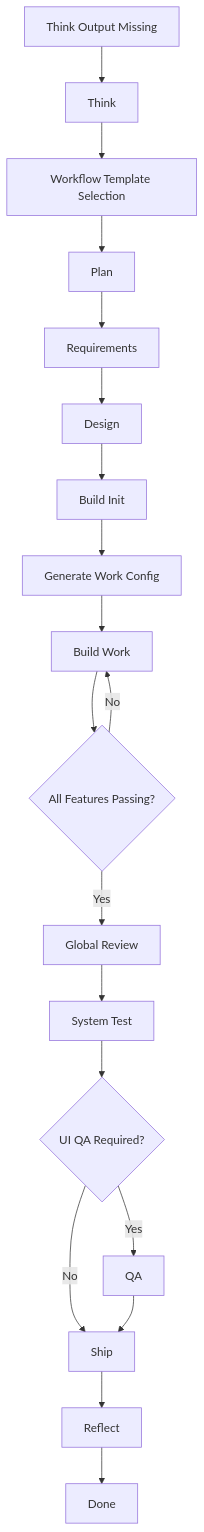
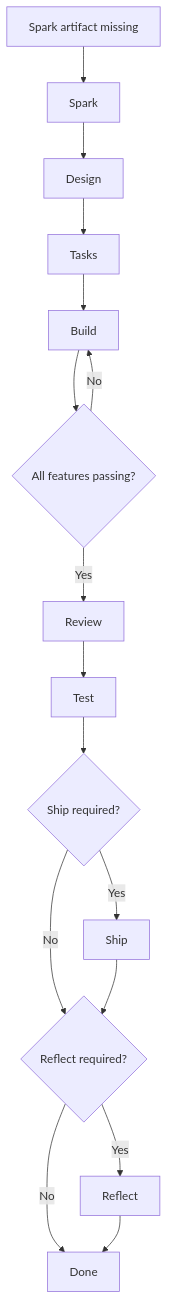
The diagram in USAGE.md (ttttstc/vibeflow), drawn with Mermaid before and after one commit. The commit also changed other lines of this file and 91 other files, not shown here.

First line of the commit message:
feat: make vibeflow build flow artifact-first (#60)

````diff
--- a/USAGE.md
+++ b/USAGE.md
@@ -84,21 +84,18 @@
 ```mermaid
 flowchart TD
-    A[Think Output Missing] --> B[Think]
-    B --> C[Workflow Template Selection]
-    C --> D[Plan]
-    D --> E[Requirements]
-    E --> H[Design]
-    H --> I[Build Init]
-    I --> J[Generate Work Config]
-    J --> K[Build Work]
-    K --> L{All Features Passing?}
-    L -- No --> K
-    L -- Yes --> M[Global Review]
-    M --> N[System Test]
-    N --> O{UI QA Required?}
-    O -- Yes --> P[QA]
-    O -- No --> Q[Ship]
-    P --> Q
-    Q --> R[Reflect]
-    R --> S[Done]
+    A[Spark artifact missing] --> B[Spark]
+    B --> C[Design]
+    C --> D[Tasks]
+    D --> E[Build]
+    E --> F{All features passing?}
+    F -- No --> E
+    F -- Yes --> G[Review]
+    G --> H[Test]
+    H --> I{Ship required?}
+    I -- Yes --> J[Ship]
+    I -- No --> K{Reflect required?}
+    J --> K
+    K -- Yes --> L[Reflect]
+    K -- No --> M[Done]
+    L --> M
 ```
````
